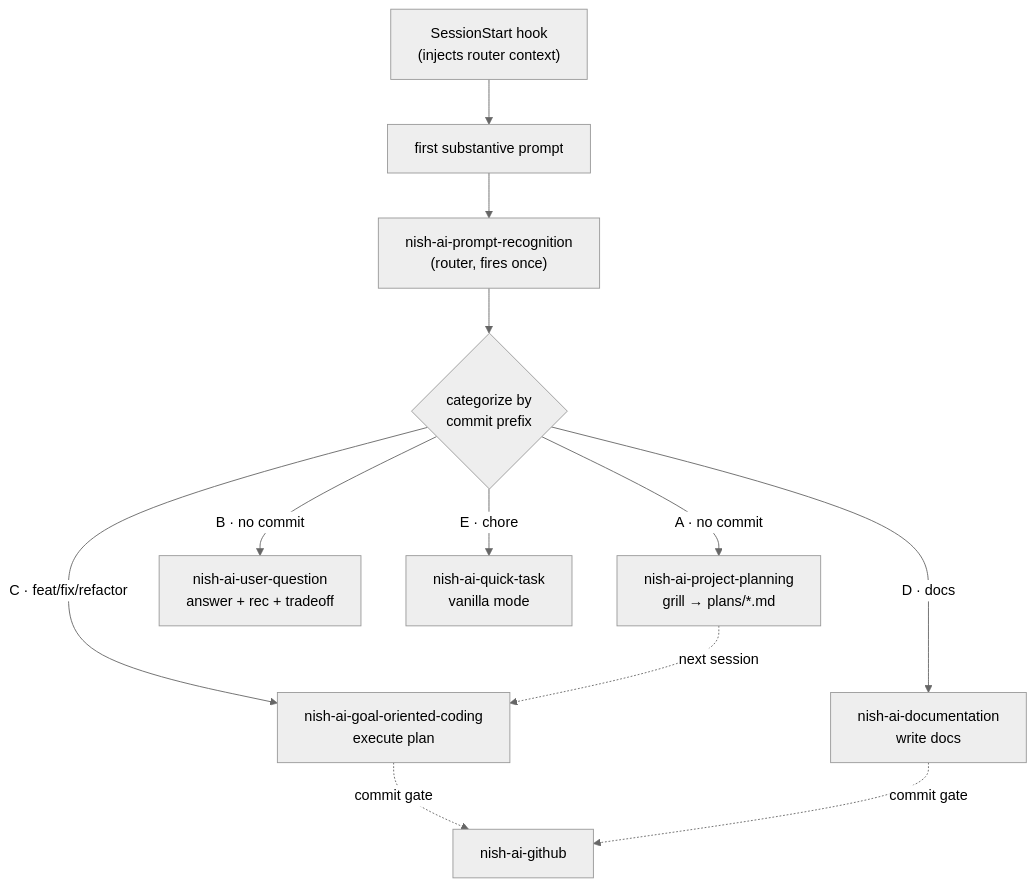
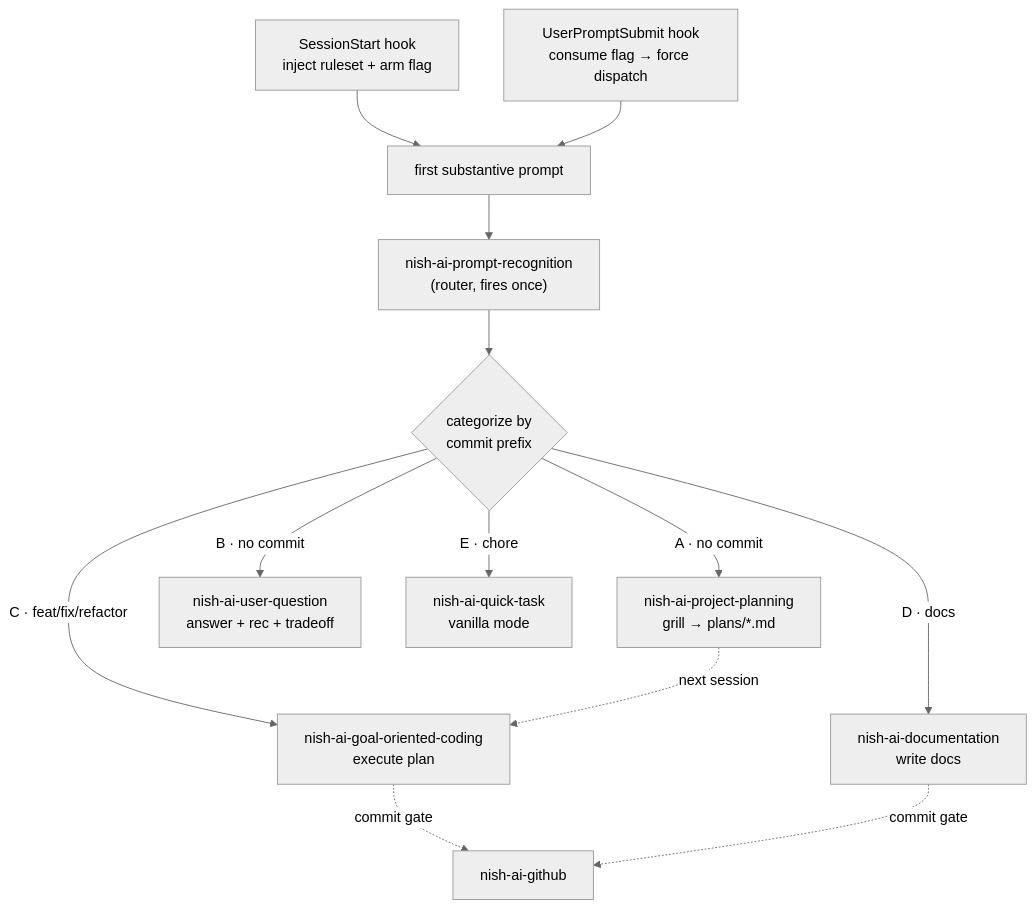
The second of 3 diagrams in README.md (ubunish/nish-ai), drawn with Mermaid (neutral theme) before and after one commit. The commit also changed other lines of this file, not shown here.

Commit message:
docs: document hard-dispatch router hooks

````diff
--- a/README.md
+++ b/README.md
@@ -67,16 +67,17 @@
 ```mermaid
 flowchart TD
-    HOOK["SessionStart hook<br/>(injects router context)"] --> P1["first substantive prompt"]
+    SS["SessionStart hook<br/>inject ruleset + arm flag"] --> P1["first substantive prompt"]
+    UP["UserPromptSubmit hook<br/>consume flag → force dispatch"] --> P1
     P1 --> R["nish-ai-prompt-recognition<br/>(router, fires once)"]
     R --> CAT{"categorize by<br/>commit prefix"}
 
     CAT -->|A · no commit| PLAN["nish-ai-project-planning<br/>grill → plans/*.md"]
     CAT -->|B · no commit| QN["nish-ai-user-question<br/>answer + rec + tradeoff"]
     CAT -->|C · feat/fix/refactor| GOC["nish-ai-goal-oriented-coding<br/>execute plan"]
     CAT -->|D · docs| DOC["nish-ai-documentation<br/>write docs"]
     CAT -->|E · chore| QT["nish-ai-quick-task<br/>vanilla mode"]
 
     GOC -.commit gate.-> GH["nish-ai-github"]
     DOC -.commit gate.-> GH
     PLAN -.next session.-> GOC
 ```
````
